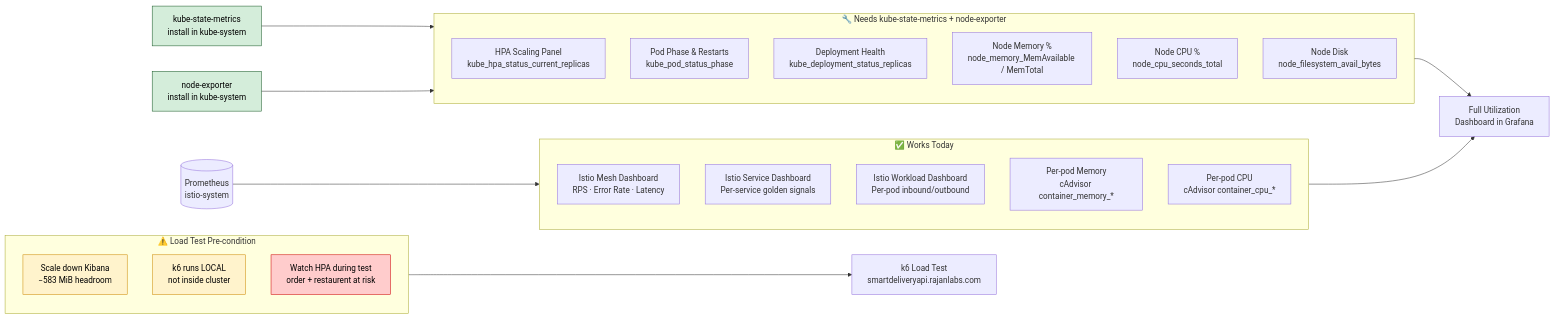
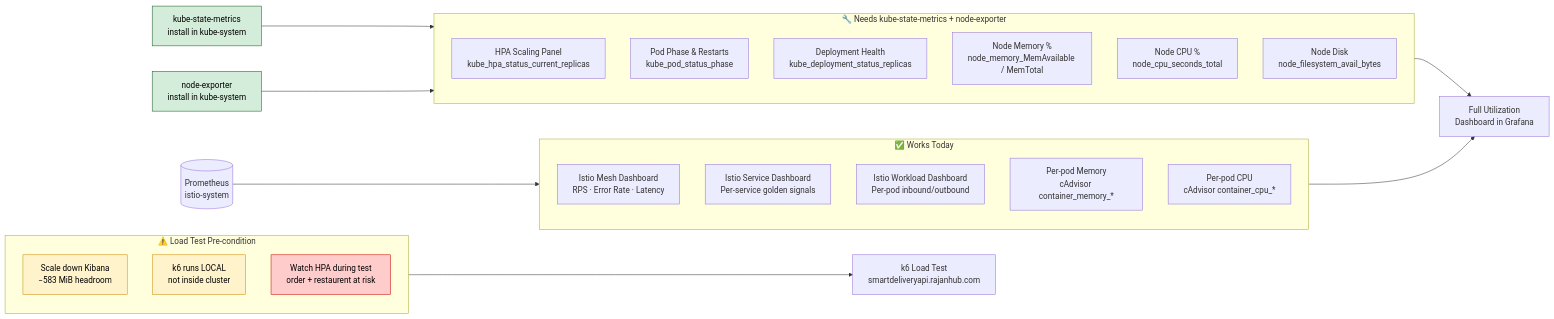
One commit to PrakashRajanSakthivel/SmartDeliveryInfra changed the second of 3 diagrams in docs/OBSERVABILITY_ARCH.md. Above: the diagram before and after it, drawn with Mermaid. The commit also changed 6 other files, not shown here.

First line of the commit message:
Migrate public domain from rajanlabs.com to rajanhub.com

````diff
--- a/docs/OBSERVABILITY_ARCH.md
+++ b/docs/OBSERVABILITY_ARCH.md
@@ -344,38 +344,38 @@
 ```mermaid
 flowchart LR
     subgraph NOW["✅ Works Today"]
         D1[Istio Mesh Dashboard\nRPS · Error Rate · Latency]
         D2[Istio Service Dashboard\nPer-service golden signals]
         D3[Istio Workload Dashboard\nPer-pod inbound/outbound]
         D4[Per-pod Memory\ncAdvisor container_memory_*]
         D5[Per-pod CPU\ncAdvisor container_cpu_*]
     end
 
     subgraph AFTER["🔧 Needs kube-state-metrics + node-exporter"]
         D6[HPA Scaling Panel\nkube_hpa_status_current_replicas]
         D7[Pod Phase & Restarts\nkube_pod_status_phase]
         D8[Deployment Health\nkube_deployment_status_replicas]
         D9[Node Memory %\nnode_memory_MemAvailable / MemTotal]
         D10[Node CPU %\nnode_cpu_seconds_total]
         D11[Node Disk\nnode_filesystem_avail_bytes]
     end
 
     subgraph BLOCK["⚠️ Load Test Pre-condition"]
         LT1[Scale down Kibana\n−583 MiB headroom]
         LT2[k6 runs LOCAL\nnot inside cluster]
         LT3[Watch HPA during test\norder + restaurent at risk]
     end
 
     PROM_SRC[(Prometheus\nistio-system)] --> NOW
     KSM_SRC[kube-state-metrics\ninstall in kube-system] --> AFTER
     NE_SRC[node-exporter\ninstall in kube-system] --> AFTER
     AFTER --> FULL_DASH[Full Utilization\nDashboard in Grafana]
     NOW --> FULL_DASH
-    BLOCK --> LT_RUN[k6 Load Test\nsmartdeliveryapi.rajanlabs.com]
+    BLOCK --> LT_RUN[k6 Load Test\nsmartdeliveryapi.rajanhub.com]
 
     style KSM_SRC fill:#d4edda,stroke:#155724,color:#000
     style NE_SRC fill:#d4edda,stroke:#155724,color:#000
     style LT1 fill:#fff3cc,stroke:#cc8800,color:#000
     style LT2 fill:#fff3cc,stroke:#cc8800,color:#000
     style LT3 fill:#ffcccc,stroke:#cc0000,color:#000
 ```
````
